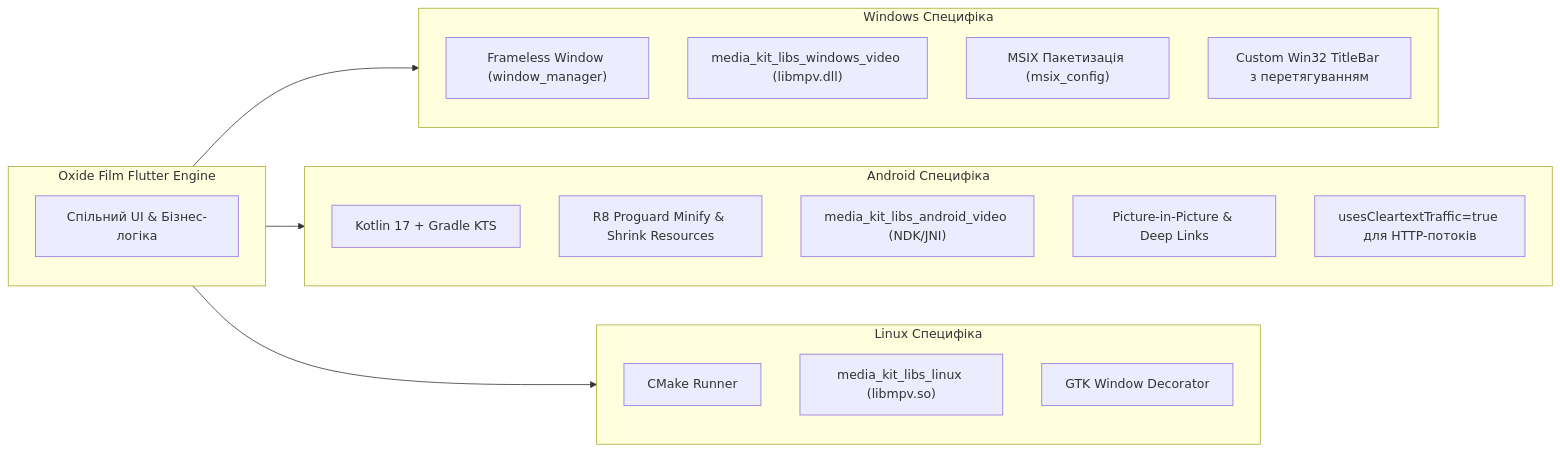
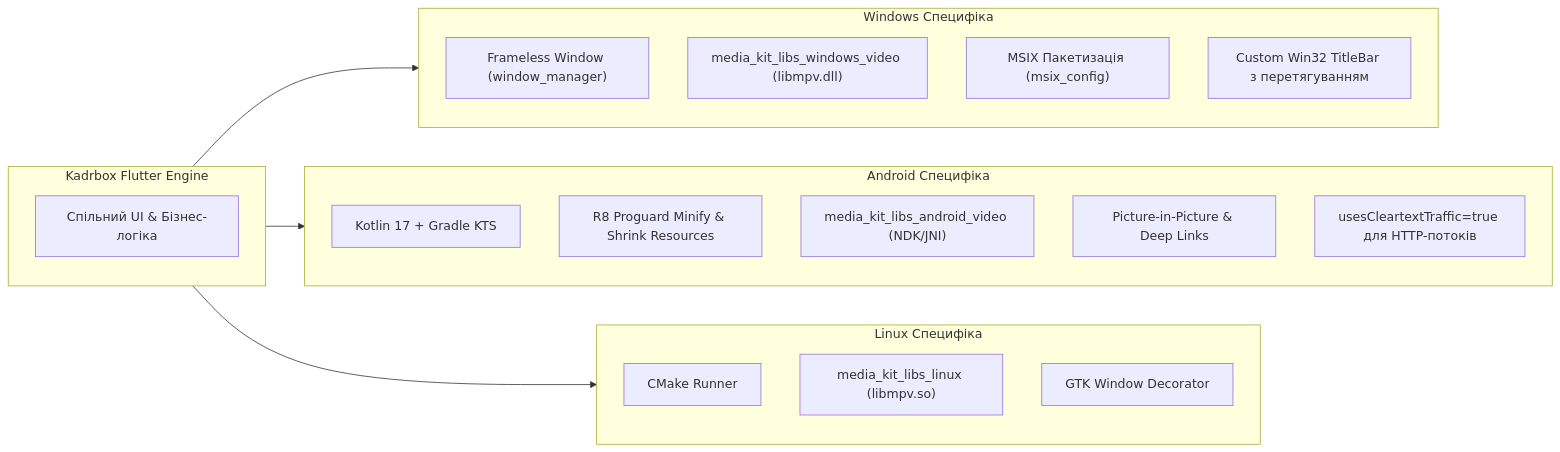
Before and after one commit to edhases/kadrbox: the third of 4 diagrams in docs/01_TECH_STACK_AND_ARCHITECTURE.md, drawn with Mermaid. The commit also changed other lines of this file and 17 other files, not shown here.

````diff
--- a/docs/01_TECH_STACK_AND_ARCHITECTURE.md
+++ b/docs/01_TECH_STACK_AND_ARCHITECTURE.md
@@ -195,31 +197,31 @@
 ```mermaid
 graph LR
-    subgraph CoreApp ["Oxide Film Flutter Engine"]
+    subgraph CoreApp ["Kadrbox Flutter Engine"]
         UI["Спільний UI & Бізнес-логіка"]
     end
 
     subgraph WindowsIntegration ["Windows Специфіка"]
         W1["Frameless Window (window_manager)"]
         W2["media_kit_libs_windows_video (libmpv.dll)"]
         W3["MSIX Пакетизація (msix_config)"]
         W4["Custom Win32 TitleBar з перетягуванням"]
     end
 
     subgraph AndroidIntegration ["Android Специфіка"]
         A1["Kotlin 17 + Gradle KTS"]
         A2["R8 Proguard Minify & Shrink Resources"]
         A3["media_kit_libs_android_video (NDK/JNI)"]
         A4["Picture-in-Picture & Deep Links"]
         A5["usesCleartextTraffic=true для HTTP-потоків"]
     end
 
     subgraph LinuxIntegration ["Linux Специфіка"]
         L1["CMake Runner"]
         L2["media_kit_libs_linux (libmpv.so)"]
         L3["GTK Window Decorator"]
     end
 
     CoreApp --> WindowsIntegration
     CoreApp --> AndroidIntegration
     CoreApp --> LinuxIntegration
 ```
````
